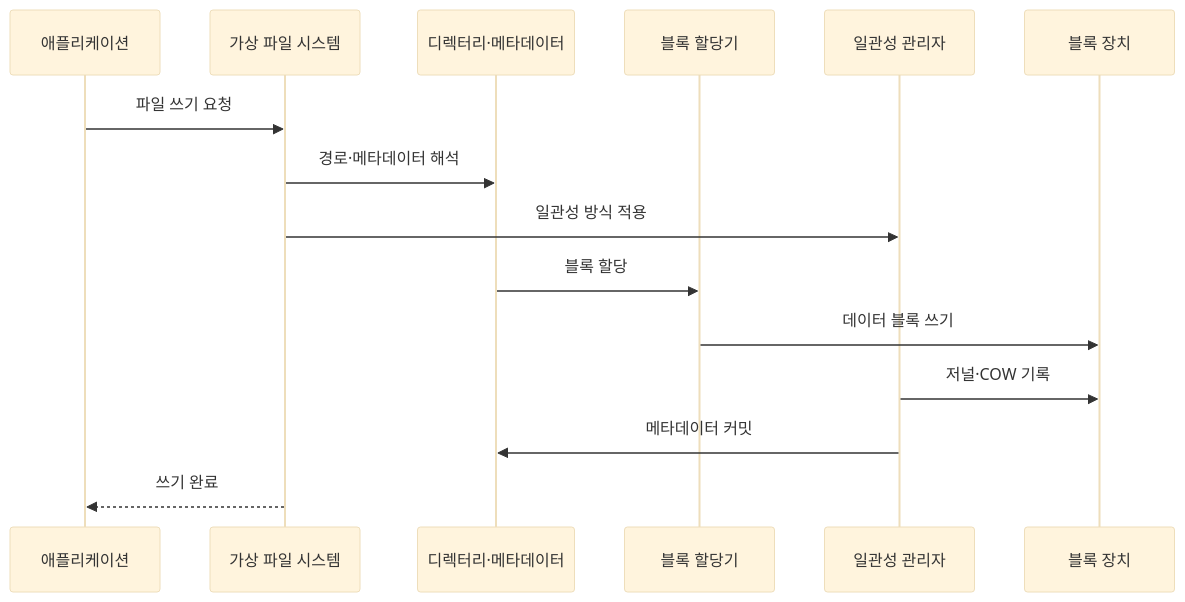
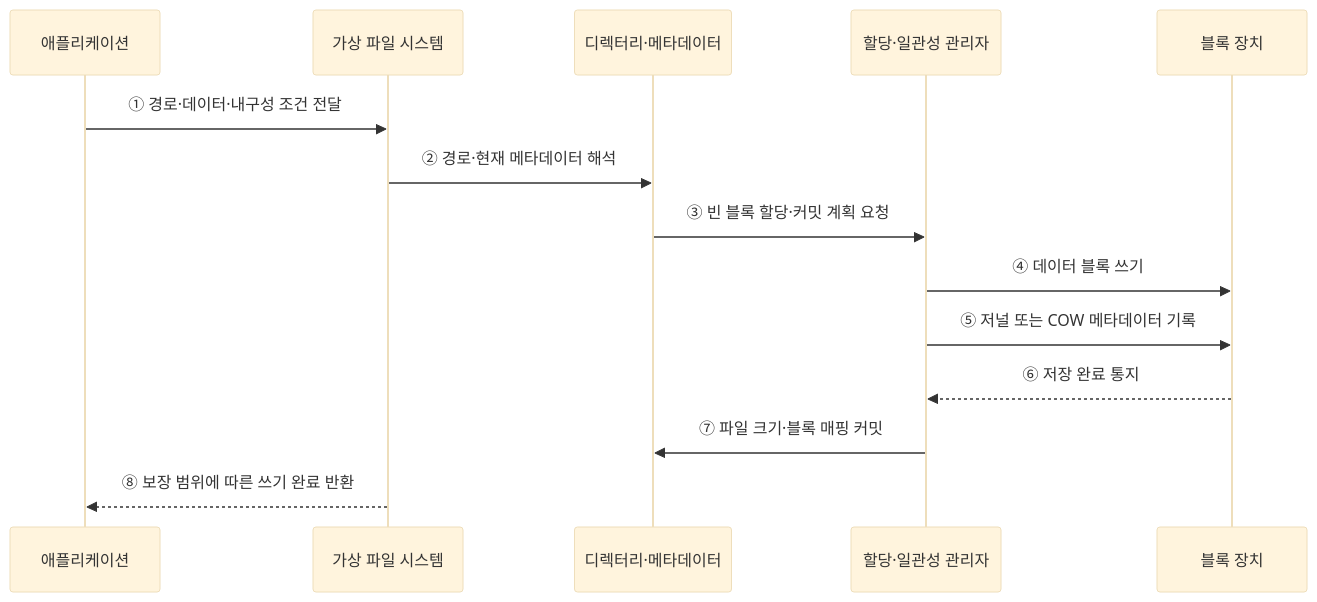
One commit to agnusdei1207/knowledge-base changed the second of 2 diagrams in src/content/docs/notes/03-software/020_file_system.md. Above: the diagram before and after it, drawn with Mermaid (base theme). The commit also changed other lines of this file and 20 other files, not shown here.

````diff
--- a/src/content/docs/notes/03-software/020_file_system.md
+++ b/src/content/docs/notes/03-software/020_file_system.md
@@ -99,17 +93,16 @@
 ```mermaid
 sequenceDiagram
     participant A as 애플리케이션
     participant V as 가상 파일 시스템
     participant M as 디렉터리·메타데이터
-    participant B as 블록 할당기
-    participant C as 일관성 관리자
+    participant C as 할당·일관성 관리자
     participant D as 블록 장치
-    A->>V: 파일 쓰기 요청
-    V->>M: 경로·메타데이터 해석
-    V->>C: 일관성 방식 적용
-    M->>B: 블록 할당
-    B->>D: 데이터 블록 쓰기
-    C->>D: 저널·COW 기록
-    C->>M: 메타데이터 커밋
-    V-->>A: 쓰기 완료
+    A->>V: ① 경로·데이터·내구성 조건 전달
+    V->>M: ② 경로·현재 메타데이터 해석
+    M->>C: ③ 빈 블록 할당·커밋 계획 요청
+    C->>D: ④ 데이터 블록 쓰기
+    C->>D: ⑤ 저널 또는 COW 메타데이터 기록
+    D-->>C: ⑥ 저장 완료 통지
+    C->>M: ⑦ 파일 크기·블록 매핑 커밋
+    V-->>A: ⑧ 보장 범위에 따른 쓰기 완료 반환
 ```
````
